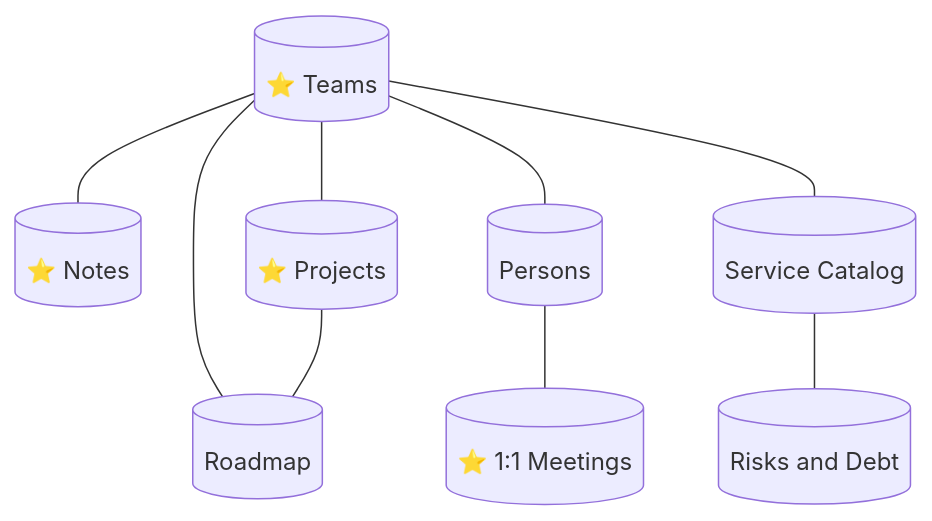
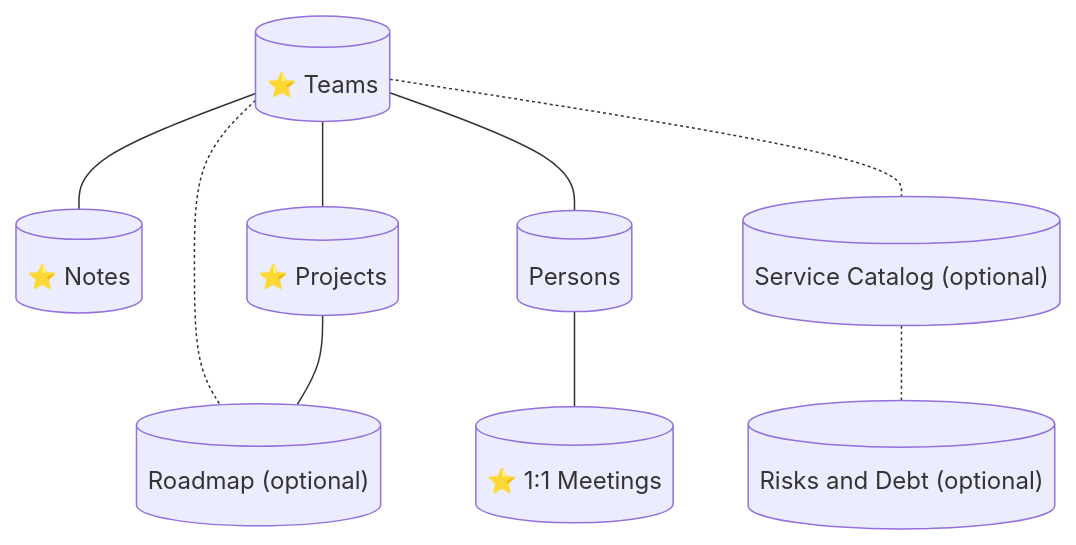
One commit to dcop7/tips_and_guides changed the third of 4 diagrams in workflow/cheatsheet.md. Above: the diagram before and after it, drawn with Mermaid. The commit also changed other lines of this file, not shown here.

````diff
--- a/workflow/cheatsheet.md
+++ b/workflow/cheatsheet.md
@@ -178,11 +217,11 @@
 ```mermaid
 graph TD
     Teams[("⭐ Teams")] --- Notes[("⭐ Notes")]
     Teams --- Projects[("⭐ Projects")]
     Teams --- Persons[("Persons")]
-    Teams --- SC[("Service Catalog")]
-    Teams --- RM[("Roadmap")]
+    Teams -.- SC[("Service Catalog (optional)")]
+    Teams -.- RM[("Roadmap (optional)")]
     Persons --- OO[("⭐ 1:1 Meetings")]
     Projects --- RM
-    SC --- RD[("Risks and Debt")]
+    SC -.- RD[("Risks and Debt (optional)")]
 ```
````
